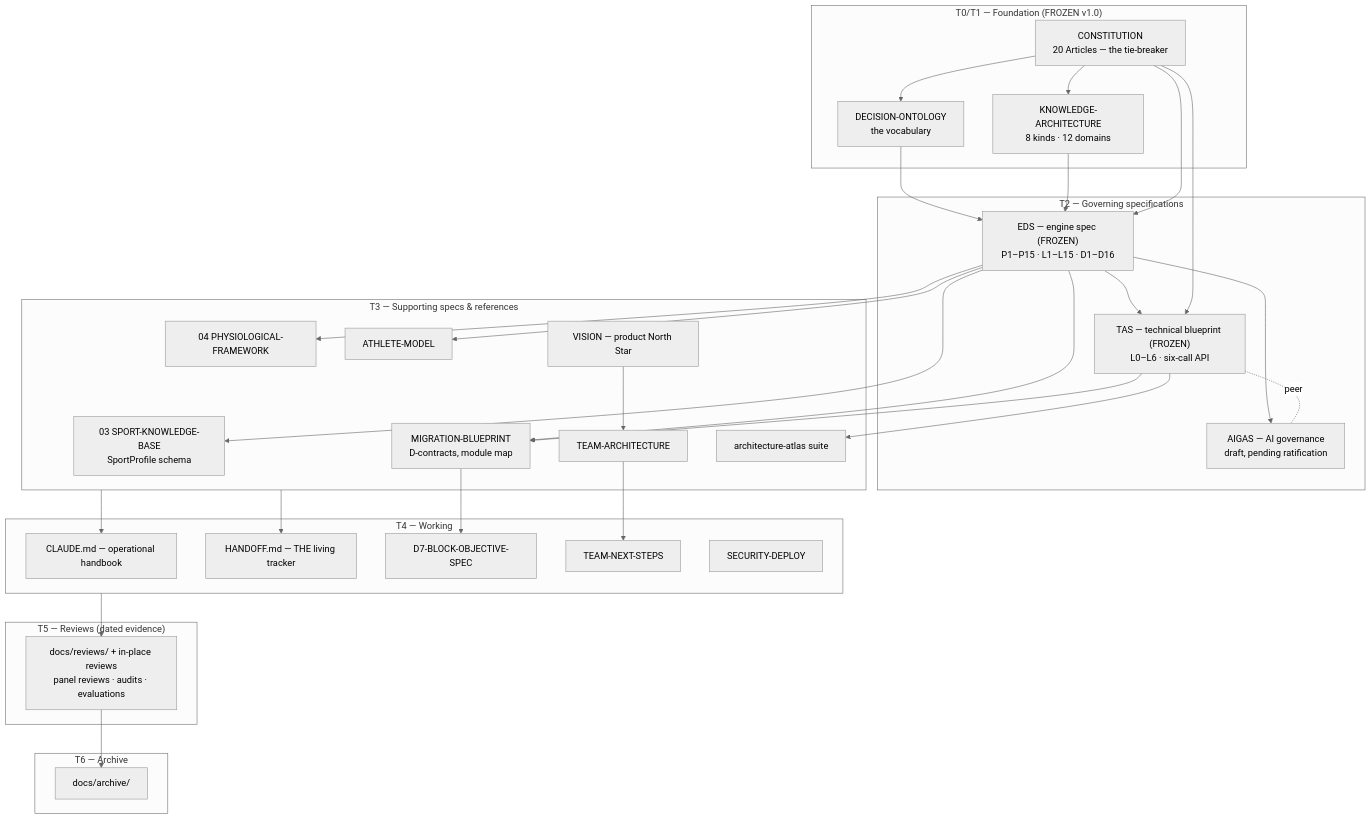
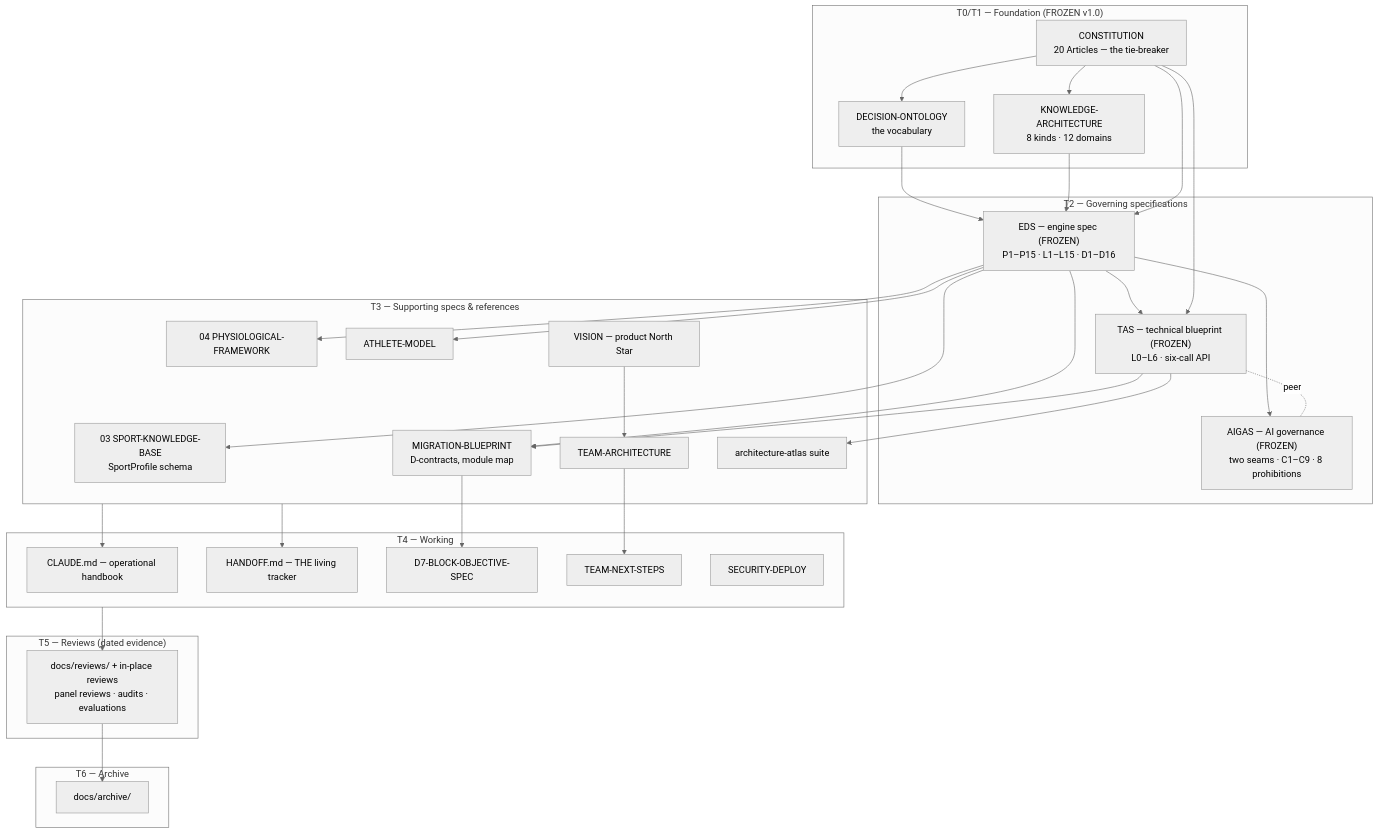
Before and after one commit to SimonDring/hybrid-react: the diagram in docs/DOCUMENTATION-INDEX.md, drawn with Mermaid (neutral theme). The commit also changed other lines of this file and 8 other files, not shown here.

Commit message:
docs(ratify): AIGAS v1.1 — AQ-8 Option A ratification flip + reconciliation (GOV, INDEX, CLAUDE.md, HANDOFF, AMENDMENT-QUEUE AQ-1..9 RATIFIED, READMEs, atlas ADR)

````diff
--- a/docs/DOCUMENTATION-INDEX.md
+++ b/docs/DOCUMENTATION-INDEX.md
@@ -10,51 +10,51 @@
 ```mermaid
 flowchart TD
     subgraph T0T1 ["T0/T1 — Foundation (FROZEN v1.0)"]
         CONST[CONSTITUTION<br/>20 Articles — the tie-breaker]
         ONT[DECISION-ONTOLOGY<br/>the vocabulary]
         KA[KNOWLEDGE-ARCHITECTURE<br/>8 kinds · 12 domains]
     end
     subgraph T2 ["T2 — Governing specifications"]
         EDS["EDS — engine spec (FROZEN)<br/>P1–P15 · L1–L15 · D1–D16"]
         TAS["TAS — technical blueprint (FROZEN)<br/>L0–L6 · six-call API"]
-        AIGAS["AIGAS — AI governance<br/>draft, pending ratification"]
+        AIGAS["AIGAS — AI governance (FROZEN)<br/>two seams · C1–C9 · 8 prohibitions"]
     end
     subgraph T3 ["T3 — Supporting specs & references"]
         SKB[03 SPORT-KNOWLEDGE-BASE<br/>SportProfile schema]
         PHYS[04 PHYSIOLOGICAL-FRAMEWORK]
         MB[MIGRATION-BLUEPRINT<br/>D-contracts, module map]
         AM[ATHLETE-MODEL]
         TEAM[TEAM-ARCHITECTURE]
         ATLAS[architecture-atlas suite]
         VIS[VISION — product North Star]
     end
     subgraph T4 ["T4 — Working"]
         CM[CLAUDE.md — operational handbook]
         HO[HANDOFF.md — THE living tracker]
         D7[D7-BLOCK-OBJECTIVE-SPEC]
         TNS[TEAM-NEXT-STEPS]
         SD[SECURITY-DEPLOY]
     end
     subgraph T5 ["T5 — Reviews (dated evidence)"]
         REV[docs/reviews/ + in-place reviews<br/>panel reviews · audits · evaluations]
     end
     subgraph T6 ["T6 — Archive"]
         ARC[docs/archive/]
     end
     CONST --> ONT & KA
     ONT --> EDS
     KA --> EDS
     CONST --> EDS
     EDS --> TAS
     CONST --> TAS
     EDS --> AIGAS
     TAS -.peer.- AIGAS
     VIS --> TEAM
     EDS --> SKB & PHYS & MB & AM
     TAS --> MB & ATLAS
     TEAM --> TNS
     MB --> D7
     T3 --> CM & HO
     T4 --> REV
     REV --> ARC
 ```
````
